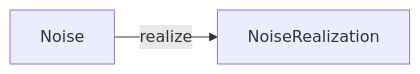
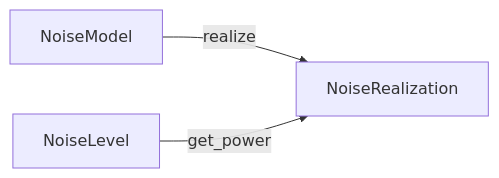
Before and after one commit to Barkhausen-Institut/hermespy: the diagram in docssource/api/simulation.noise.rst, drawn with Mermaid. The commit also changed other lines of this file and 108 other files, not shown here.

```diff
--- a/docssource/api/simulation.noise.rst
+++ b/docssource/api/simulation.noise.rst
@@ -11,9 +21,7 @@
 .. mermaid::
    :align: center
 
    flowchart LR
 
-   model[Noise] -->|realize| realization[NoiseRealization]
-
-   click model "simulation.noise.Noise.html" "Noise"
-   click realization "simulation.noise.NoiseRealization.html"
+   model[NoiseModel] -->|realize| realization[NoiseRealization]
+   level[NoiseLevel] -->|get_power| realization
```
